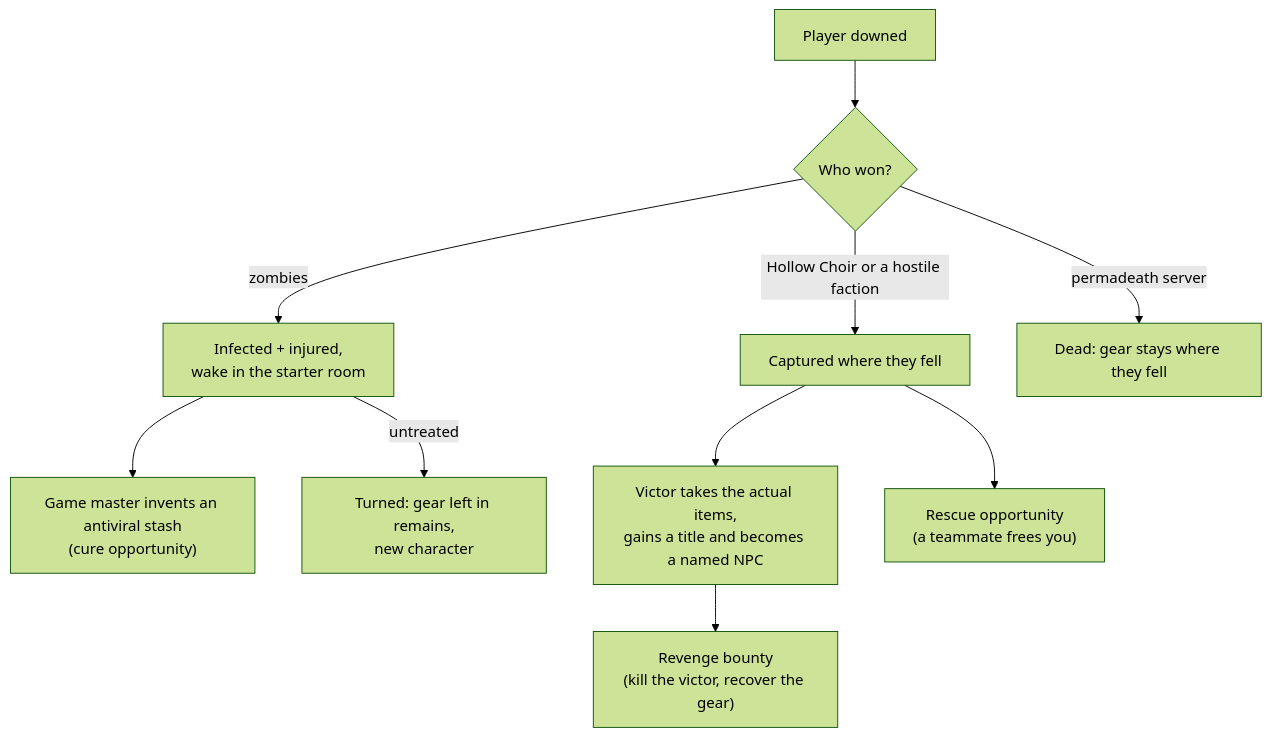
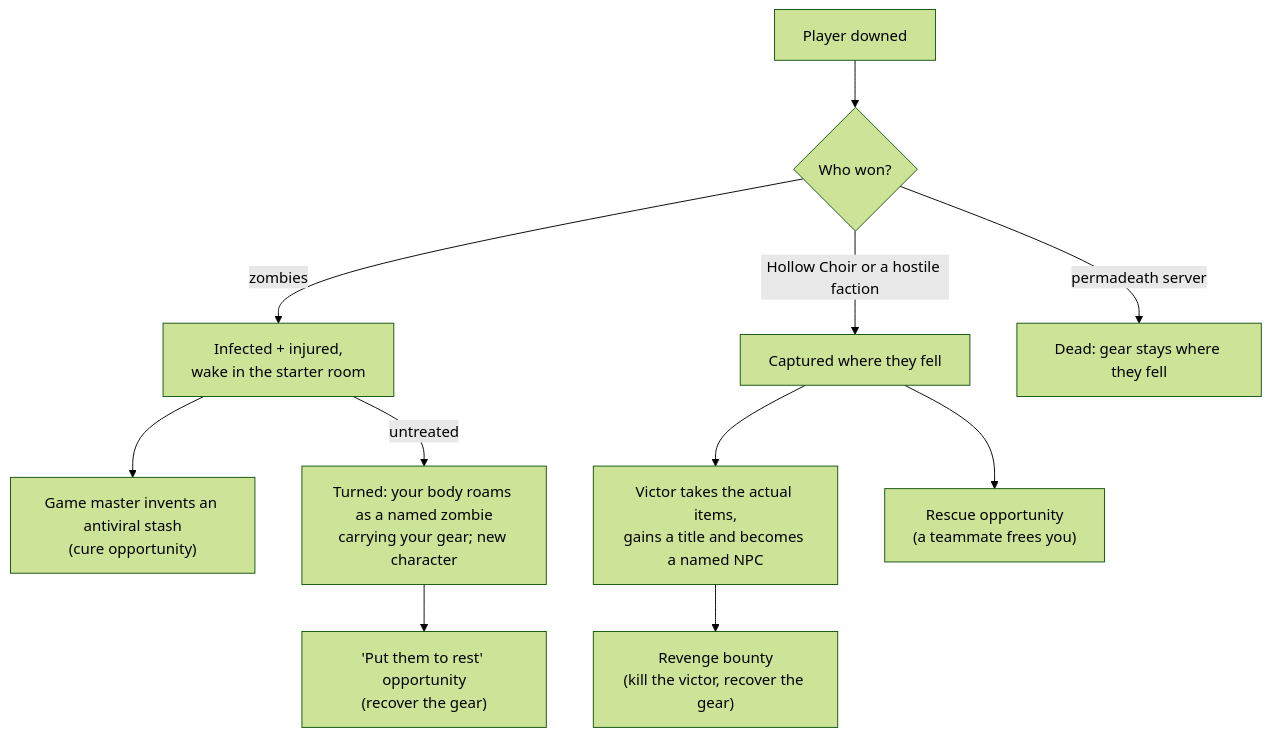
Before and after one commit to adrik0622/QuestSim: the seventh of 8 diagrams in README.md, drawn with Mermaid (forest theme). The commit also changed other lines of this file and 3 other files, not shown here.

````diff
--- a/README.md
+++ b/README.md
@@ -243,12 +245,13 @@
 ```mermaid
 flowchart TD
     D["Player downed"] --> W{"Who won?"}
     W -- "zombies" --> I["Infected + injured,<br/>wake in the starter room"]
     I --> CURE["Game master invents an antiviral stash<br/>(cure opportunity)"]
-    I -- "untreated" --> T["Turned: gear left in remains,<br/>new character"]
+    I -- "untreated" --> T["Turned: your body roams as a named zombie<br/>carrying your gear; new character"]
+    T --> REST["'Put them to rest' opportunity<br/>(recover the gear)"]
     W -- "Hollow Choir or a hostile faction" --> C["Captured where they fell"]
     C --> V["Victor takes the actual items,<br/>gains a title and becomes a named NPC"]
     C --> R["Rescue opportunity<br/>(a teammate frees you)"]
     V --> B["Revenge bounty<br/>(kill the victor, recover the gear)"]
     W -- "permadeath server" --> P["Dead: gear stays where they fell"]
 ```
````
